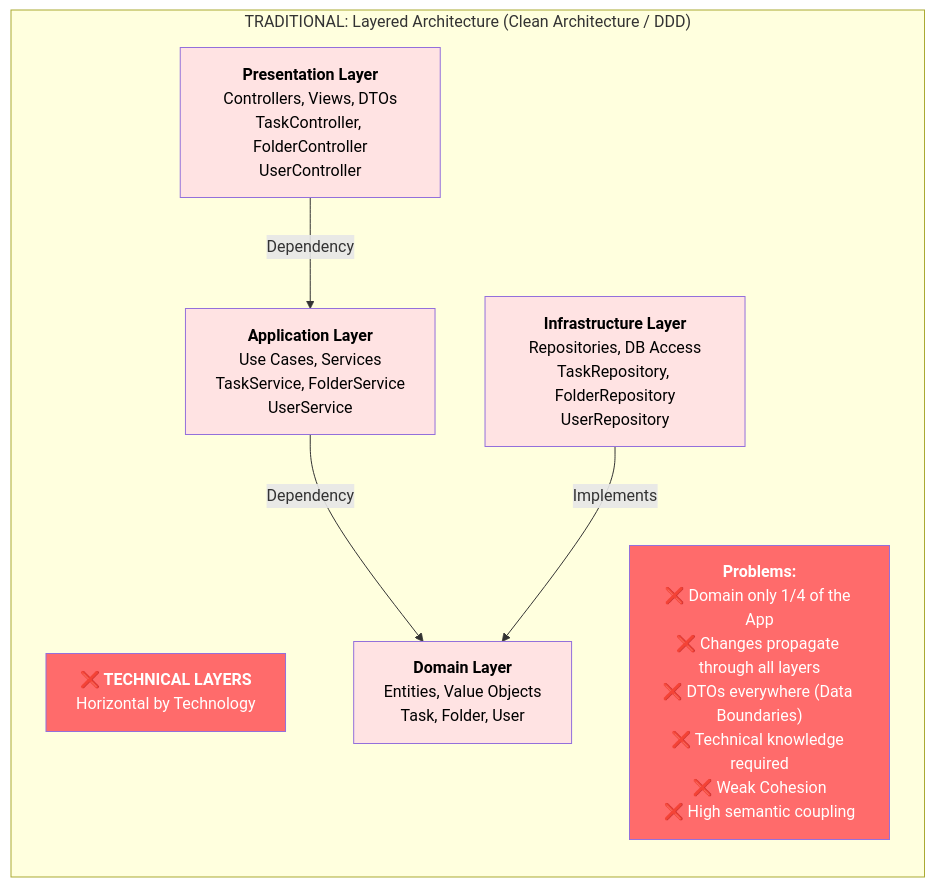
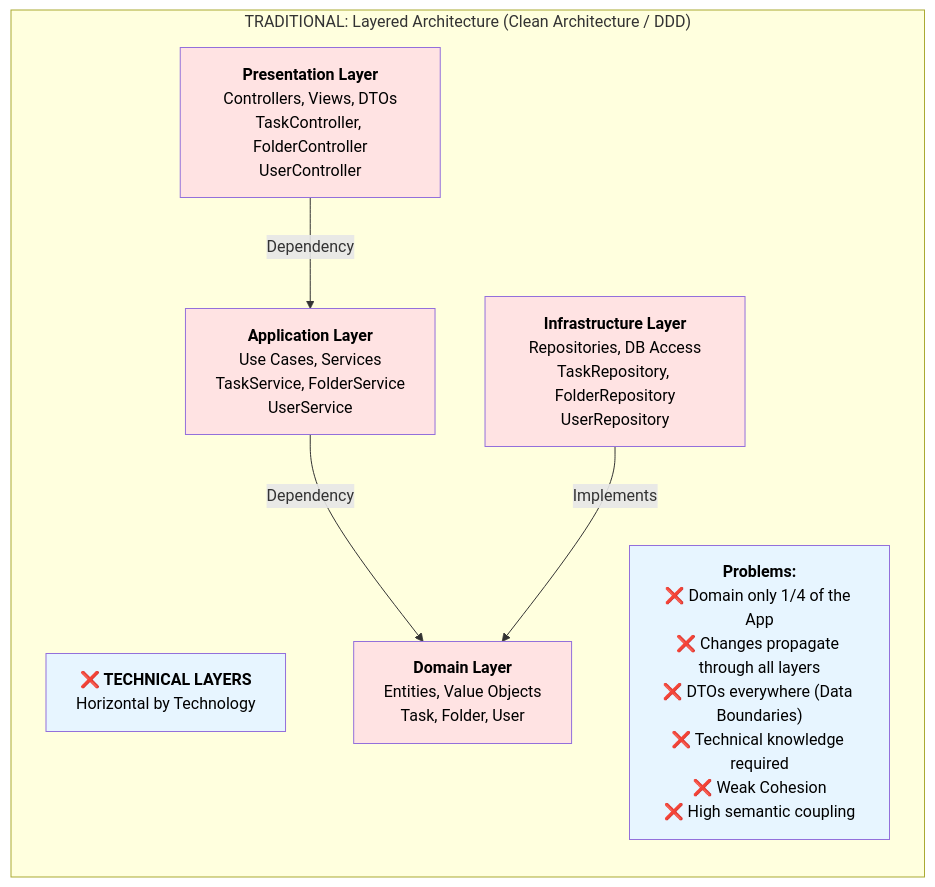
One commit to andreas-wagner-dev/object-oriented-learning-journey changed the sixth of 15 diagrams in blog/how_to_structure_and_naming_code_like_a_pro.md. Above: the diagram before and after it, drawn with Mermaid. The commit also changed other lines of this file, not shown here.

````diff
--- a/blog/how_to_structure_and_naming_code_like_a_pro.md
+++ b/blog/how_to_structure_and_naming_code_like_a_pro.md
@@ -1070,29 +1063,29 @@
 ```mermaid
 graph TB  
     subgraph "TRADITIONAL: Layered Architecture (Clean Architecture / DDD)"  
         direction TB  
           
         TRAD_TITLE["<b>❌ TECHNICAL LAYERS</b><br/>Horizontal by Technology"]  
           
         PRES["<b>Presentation Layer</b><br/>Controllers, Views, DTOs<br/>TaskController, FolderController<br/>UserController"]  
           
         APP["<b>Application Layer</b><br/>Use Cases, Services<br/>TaskService, FolderService<br/>UserService"]  
           
         DOMAIN["<b>Domain Layer</b><br/>Entities, Value Objects<br/>Task, Folder, User"]  
           
         INFRA["<b>Infrastructure Layer</b><br/>Repositories, DB Access<br/>TaskRepository, FolderRepository<br/>UserRepository"]  
           
         PRES -->|Dependency| APP  
         APP -->|Dependency| DOMAIN  
         INFRA -->|Implements| DOMAIN  
           
         PROBLEM["<b>Problems:</b><br/>❌ Domain only 1/4 of the App<br/>❌ Changes propagate through all layers<br/>❌ DTOs everywhere (Data Boundaries)<br/>❌ Technical knowledge required<br/>❌ Weak Cohesion<br/>❌ High semantic coupling"]  
           
-        style TRAD_TITLE fill:#ff6b6b,color:#fff  
+        style TRAD_TITLE fill:#e7f5ff,color:#000  
         style PRES fill:#ffe3e3,color:#000  
         style APP fill:#ffe3e3,color:#000  
         style DOMAIN fill:#ffe3e3,color:#000  
         style INFRA fill:#ffe3e3,color:#000  
-        style PROBLEM fill:#ff6b6b,color:#fff  
+        style PROBLEM fill:#e7f5ff,color:#000  
     end
 ```
````
